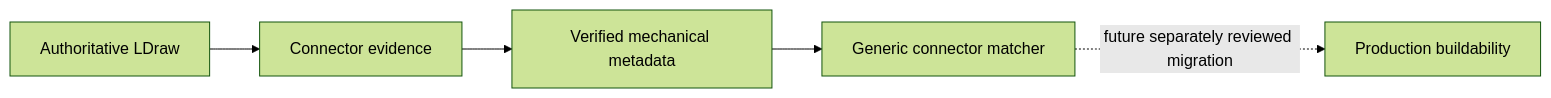
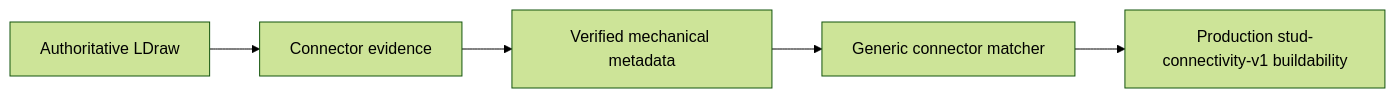
The diagram in docs/architecture/mechanical-connector-metadata.md (regan-tan/image-to-lego), drawn with Mermaid (forest theme) before and after one commit. The commit also changed other lines of this file and 3 other files, not shown here.

````diff
--- a/docs/architecture/mechanical-connector-metadata.md
+++ b/docs/architecture/mechanical-connector-metadata.md
@@ -17,7 +17,7 @@
 ```mermaid
 flowchart LR
     LDraw[Authoritative LDraw] --> Evidence[Connector evidence]
     Evidence --> Verified[Verified mechanical metadata]
     Verified --> Matcher[Generic connector matcher]
-    Matcher -. future separately reviewed migration .-> Buildability[Production buildability]
+    Matcher --> Buildability[Production stud-connectivity-v1 buildability]
 ```
````
